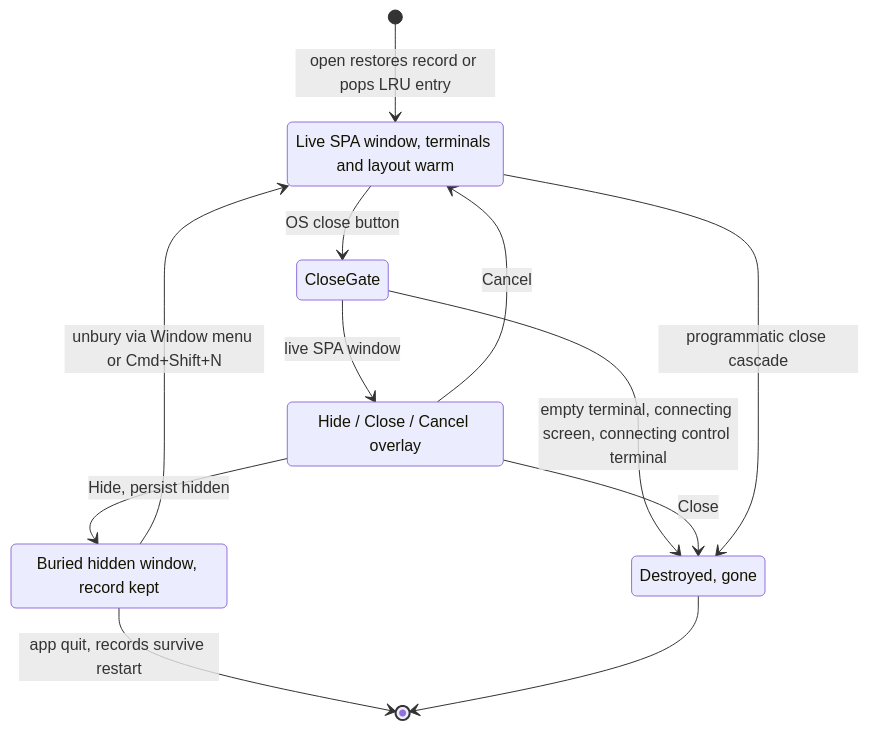
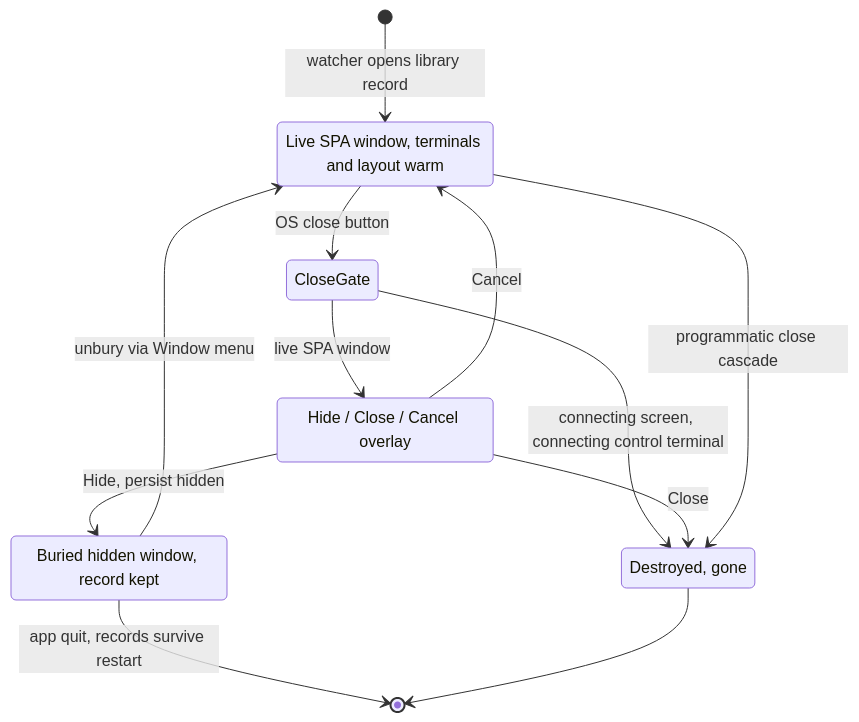
Before and after one commit to fiorix/chan: the third of 3 diagrams in desktop/design.md, drawn with Mermaid. The commit also changed other lines of this file and 22 other files, not shown here.

````diff
--- a/desktop/design.md
+++ b/desktop/design.md
@@ -187,21 +184,21 @@
 ```mermaid
 stateDiagram-v2
-    [*] --> Live: open restores record or pops LRU entry
+    [*] --> Live: watcher opens library record
     Live: Live SPA window, terminals and layout warm
     Buried: Buried hidden window, record kept
     Destroyed: Destroyed, gone
 
     Live --> CloseGate: OS close button
     state CloseGate <<choice>>
     CloseGate --> Prompt: live SPA window
-    CloseGate --> Destroyed: empty terminal, connecting screen, connecting control terminal
+    CloseGate --> Destroyed: connecting screen, connecting control terminal
     Prompt: Hide / Close / Cancel overlay
     Prompt --> Buried: Hide, persist hidden
     Prompt --> Destroyed: Close
     Prompt --> Live: Cancel
     Live --> Destroyed: programmatic close cascade
 
-    Buried --> Live: unbury via Window menu or Cmd+Shift+N
+    Buried --> Live: unbury via Window menu
     Buried --> [*]: app quit, records survive restart
     Destroyed --> [*]
 ```
````
